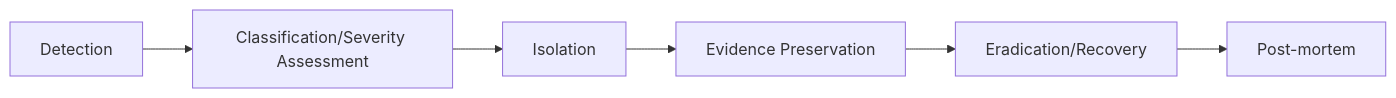
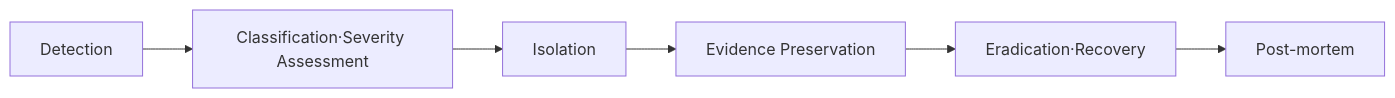
One commit to cloudpickr/cloudpick-docs changed the diagram in src/content/docs/en/security/incident-response.md. Above: the diagram before and after it, drawn with Mermaid. The commit also changed 29 other files, not shown here.

First line of the commit message:
fix: Mermaid 전수조사 — 노드 라벨 슬래시 13건 수정 (ko/en/ja)

````diff
--- a/src/content/docs/en/security/incident-response.md
+++ b/src/content/docs/en/security/incident-response.md
@@ -18,4 +18,4 @@
 ```mermaid
 graph LR
-    A[Detection] --> B[Classification/Severity Assessment] --> C[Isolation] --> D[Evidence Preservation] --> E[Eradication/Recovery] --> F[Post-mortem]
+    A[Detection] --> B[Classification·Severity Assessment] --> C[Isolation] --> D[Evidence Preservation] --> E[Eradication·Recovery] --> F[Post-mortem]
 ```
````
